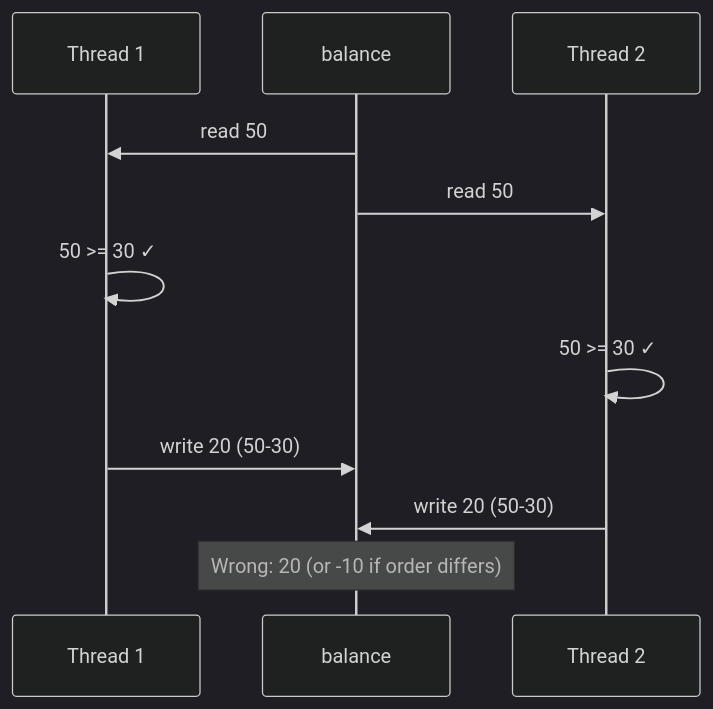
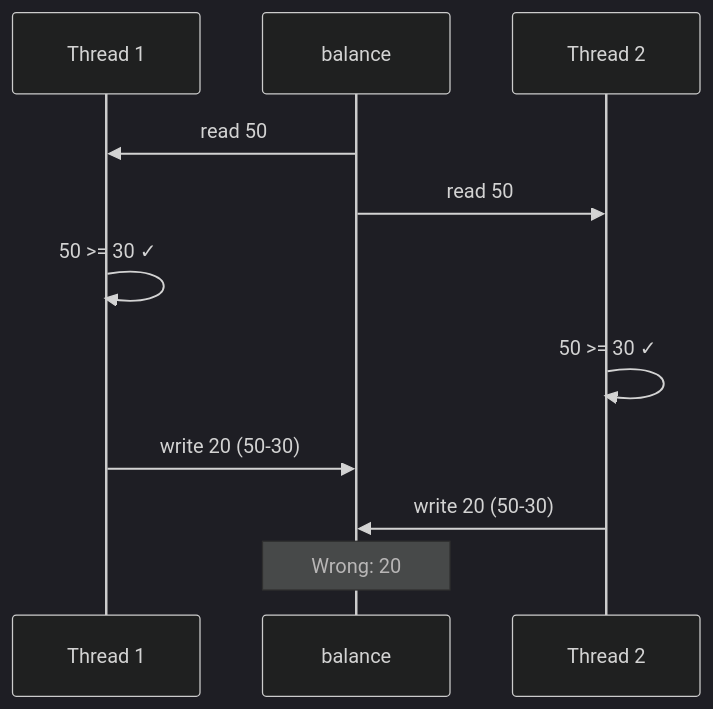
One commit to Mohanad0101/14-pythonMultitasking changed the fourth of 6 diagrams in README.md. Above: the diagram before and after it, drawn with Mermaid (dark theme). The commit also changed other lines of this file, not shown here.

````diff
--- a/README.md
+++ b/README.md
@@ -162,13 +162,13 @@
 ```mermaid
 sequenceDiagram
   participant T1 as Thread 1
   participant Bal as balance
   participant T2 as Thread 2
   Bal->>T1: read 50
   Bal->>T2: read 50
   T1->>T1: 50 >= 30 ✓
   T2->>T2: 50 >= 30 ✓
   T1->>Bal: write 20 (50-30)
   T2->>Bal: write 20 (50-30)
-  Note over Bal: Wrong: 20 (or -10 if order differs)
+  Note over Bal: Wrong: 20 
 ```
````
